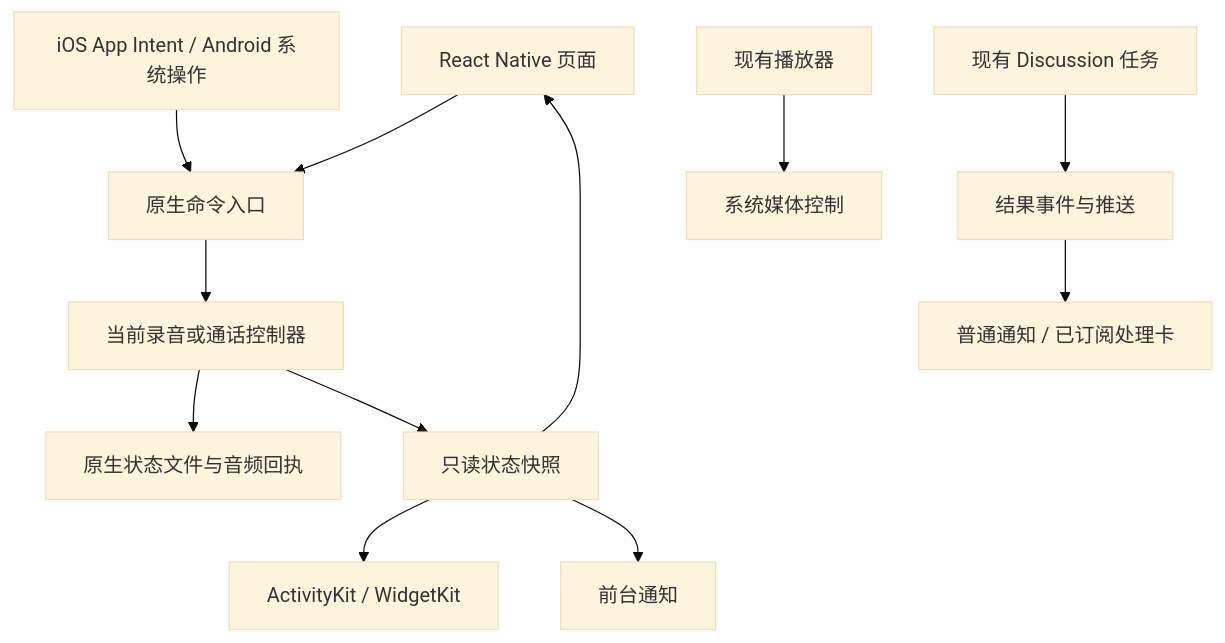
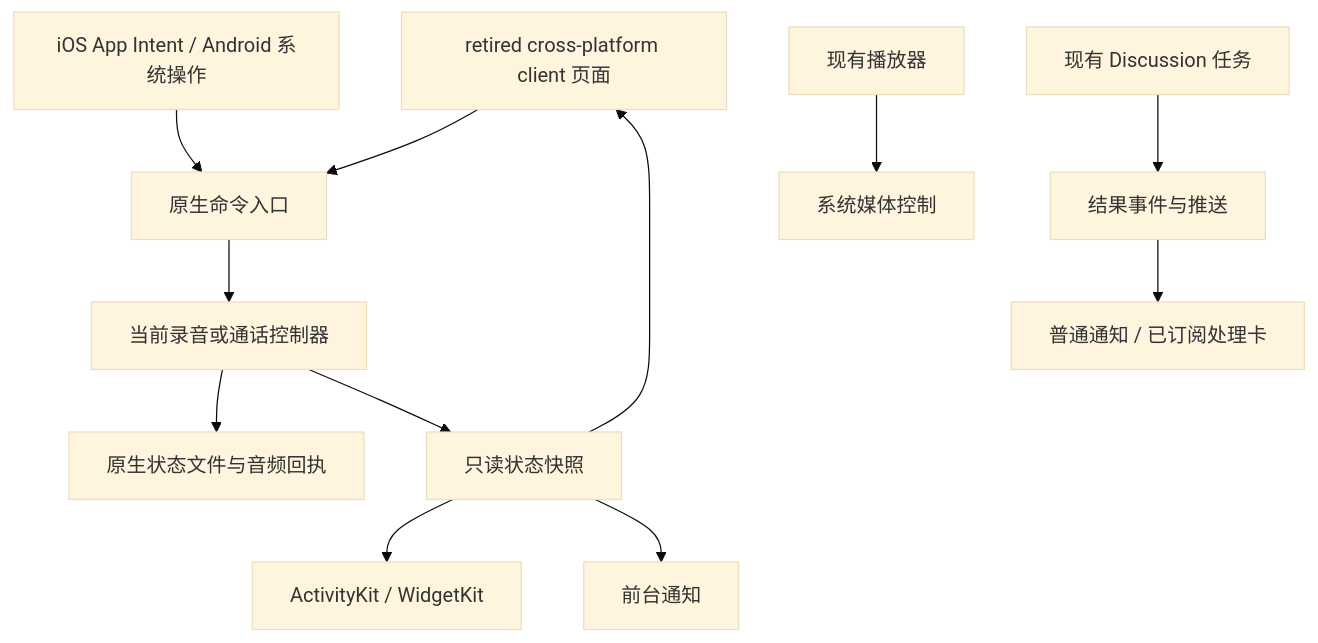
The diagram in docs/design/mobile-lock-screen-technical-design.md (xopcai/xopc), drawn with Mermaid (base theme) before and after one commit. The commit also changed other lines of this file and 827 other files, not shown here.

Commit message:
chore(mobile): remove retired Expo client

````diff
--- a/docs/design/mobile-lock-screen-technical-design.md
+++ b/docs/design/mobile-lock-screen-technical-design.md
@@ -21,14 +21,14 @@
 ```mermaid
 flowchart TB
-  UI[React Native 页面] --> Command[原生命令入口]
+  UI[retired cross-platform client 页面] --> Command[原生命令入口]
   Lock[iOS App Intent / Android 系统操作] --> Command
   Command --> Owner[当前录音或通话控制器]
   Owner --> Journal[原生状态文件与音频回执]
   Owner --> Snapshot[只读状态快照]
   Snapshot --> IOS[ActivityKit / WidgetKit]
   Snapshot --> Android[前台通知]
   Snapshot --> UI
   Player[现有播放器] --> Media[系统媒体控制]
   Discussion[现有 Discussion 任务] --> Result[结果事件与推送]
   Result --> Notice[普通通知 / 已订阅处理卡]
 ```
````
